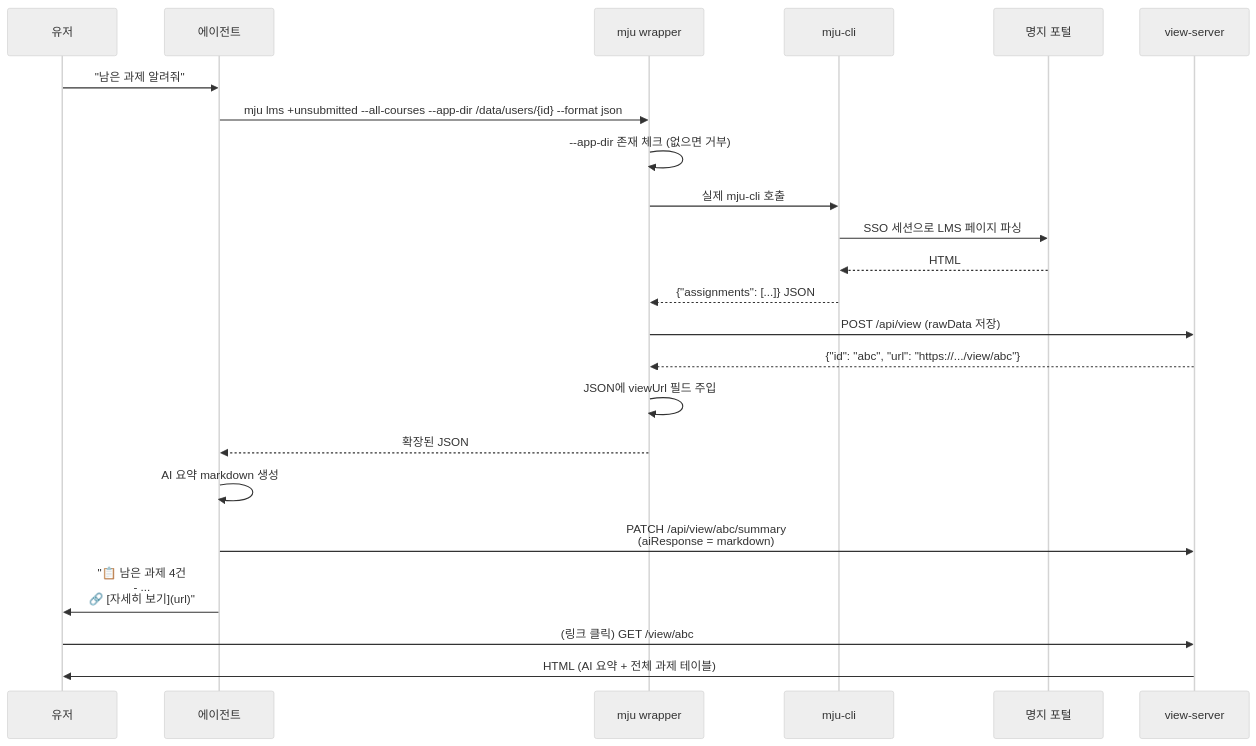
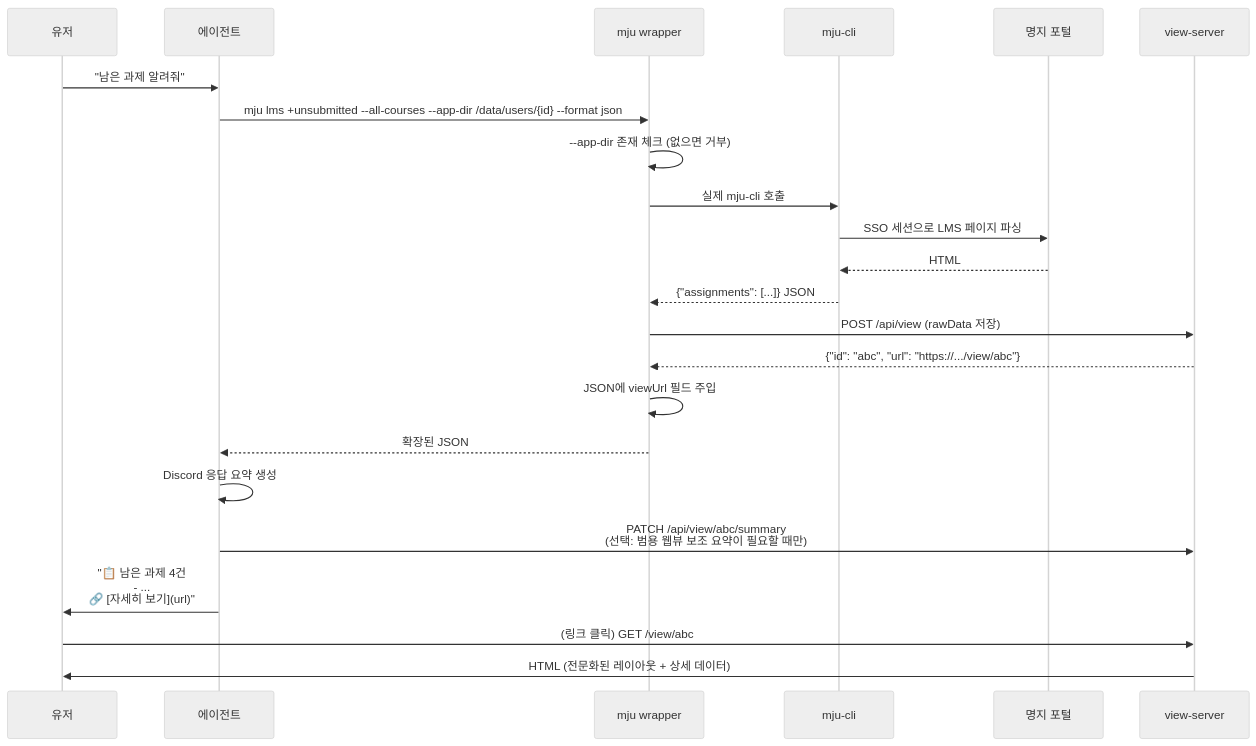
Before and after one commit to university-claw/mjuclaw-setup: the fourth of 8 diagrams in REPORT.md, drawn with Mermaid (neutral theme). The commit also changed other lines of this file and 3 other files, not shown here.

````diff
--- a/REPORT.md
+++ b/REPORT.md
@@ -247,26 +247,26 @@
 ```mermaid
 sequenceDiagram
     participant U as 유저
     participant A as 에이전트
     participant W as mju wrapper
     participant C as mju-cli
     participant P as 명지 포털
     participant VS as view-server
 
     U->>A: "남은 과제 알려줘"
     A->>W: mju lms +unsubmitted --all-courses --app-dir /data/users/{id} --format json
     W->>W: --app-dir 존재 체크 (없으면 거부)
     W->>C: 실제 mju-cli 호출
     C->>P: SSO 세션으로 LMS 페이지 파싱
     P-->>C: HTML
     C-->>W: {"assignments": [...]} JSON
     W->>VS: POST /api/view (rawData 저장)
     VS-->>W: {"id": "abc", "url": "https://.../view/abc"}
     W->>W: JSON에 viewUrl 필드 주입
     W-->>A: 확장된 JSON
-    A->>A: AI 요약 markdown 생성
-    A->>VS: PATCH /api/view/abc/summary<br/>(aiResponse = markdown)
+    A->>A: Discord 응답 요약 생성
+    A->>VS: PATCH /api/view/abc/summary<br/>(선택: 범용 웹뷰 보조 요약이 필요할 때만)
     A->>U: "📋 남은 과제 4건<br/>- ...<br/>🔗 [자세히 보기](url)"
     U->>VS: (링크 클릭) GET /view/abc
-    VS->>U: HTML (AI 요약 + 전체 과제 테이블)
+    VS->>U: HTML (전문화된 레이아웃 + 상세 데이터)
 ```
````
